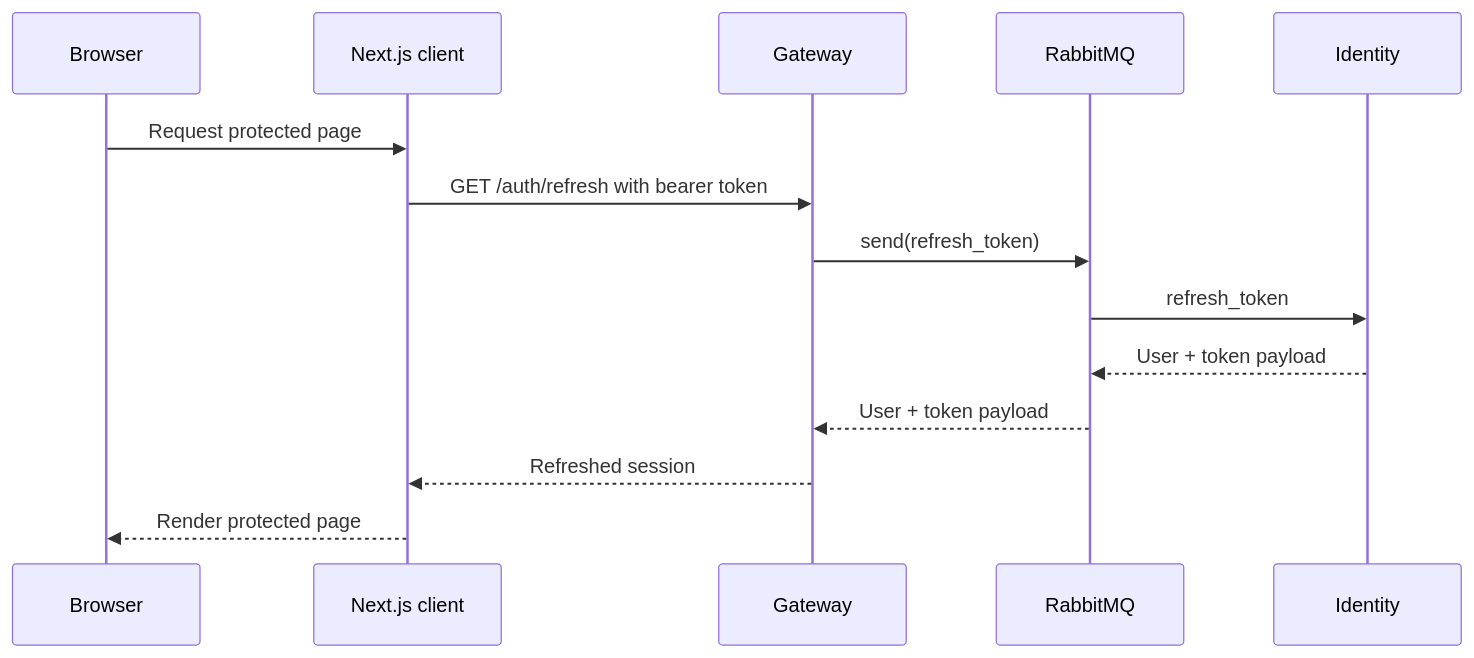
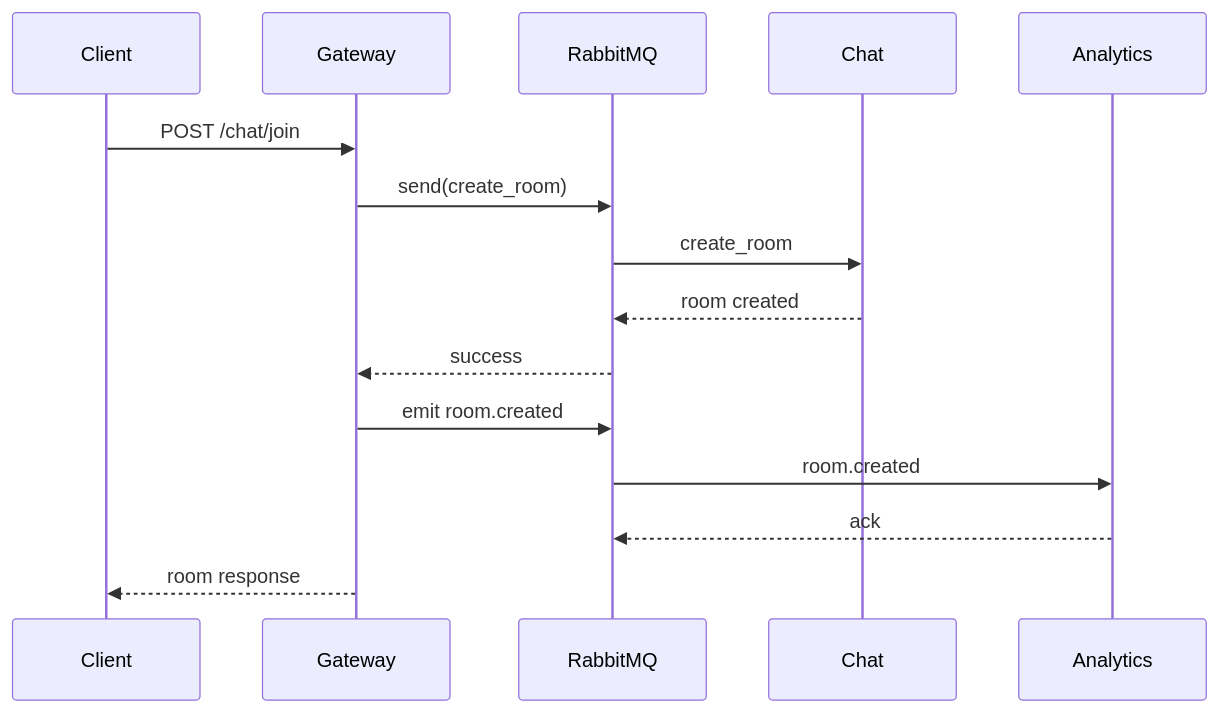
Before and after one commit to eamtcPROG/DASI: the third of 4 diagrams in docs/architecture.md, drawn with Mermaid. The commit also changed other lines of this file and 1 other file, not shown here.

Commit message:
docs: refresh platform documentation for current services

````diff
--- a/docs/architecture.md
+++ b/docs/architecture.md
@@ -134,17 +154,18 @@
 ```mermaid
 sequenceDiagram
-    participant B as Browser
-    participant C as Next.js client
+    participant C as Client
     participant G as Gateway
     participant R as RabbitMQ
-    participant I as Identity
+    participant Ch as Chat
+    participant A as Analytics
 
-    B->>C: Request protected page
-    C->>G: GET /auth/refresh with bearer token
-    G->>R: send(refresh_token)
-    R->>I: refresh_token
-    I-->>R: User + token payload
-    R-->>G: User + token payload
-    G-->>C: Refreshed session
-    C-->>B: Render protected page
+    C->>G: POST /chat/join
+    G->>R: send(create_room)
+    R->>Ch: create_room
+    Ch-->>R: room created
+    R-->>G: success
+    G->>R: emit room.created
+    R->>A: room.created
+    A-->>R: ack
+    G-->>C: room response
 ```
````
